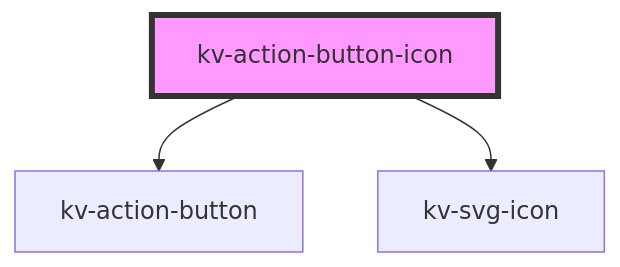
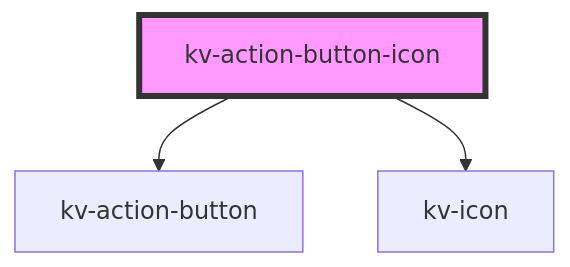
Before and after one commit to kelvininc/ui-components: the diagram in packages/ui-components/src/components/action-button-icon/readme.md, drawn with Mermaid. The commit also changed other lines of this file and 54 other files, not shown here.

Commit message:
refactor!(icon): rename `kv-svg-icon` to `kv-icon`

````diff
--- a/packages/ui-components/src/components/action-button-icon/readme.md
+++ b/packages/ui-components/src/components/action-button-icon/readme.md
@@ -97,6 +97,6 @@
 ```mermaid
 graph TD;
   kv-action-button-icon --> kv-action-button
-  kv-action-button-icon --> kv-svg-icon
+  kv-action-button-icon --> kv-icon
   style kv-action-button-icon fill:#f9f,stroke:#333,stroke-width:4px
 ```
````
